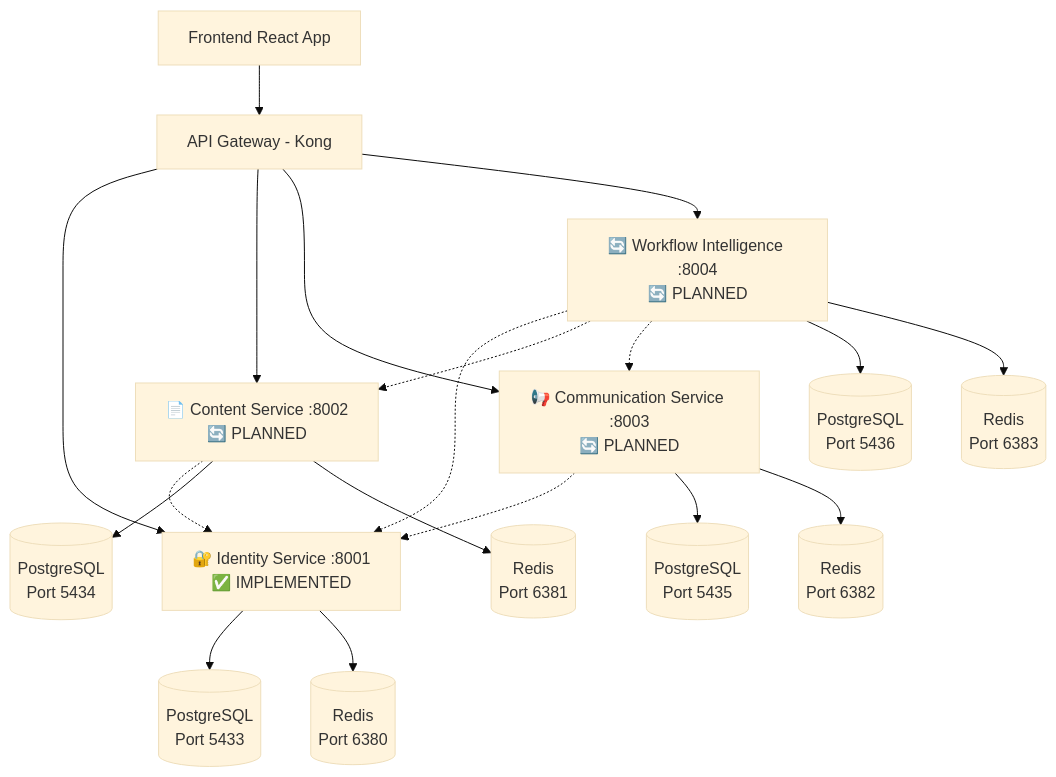
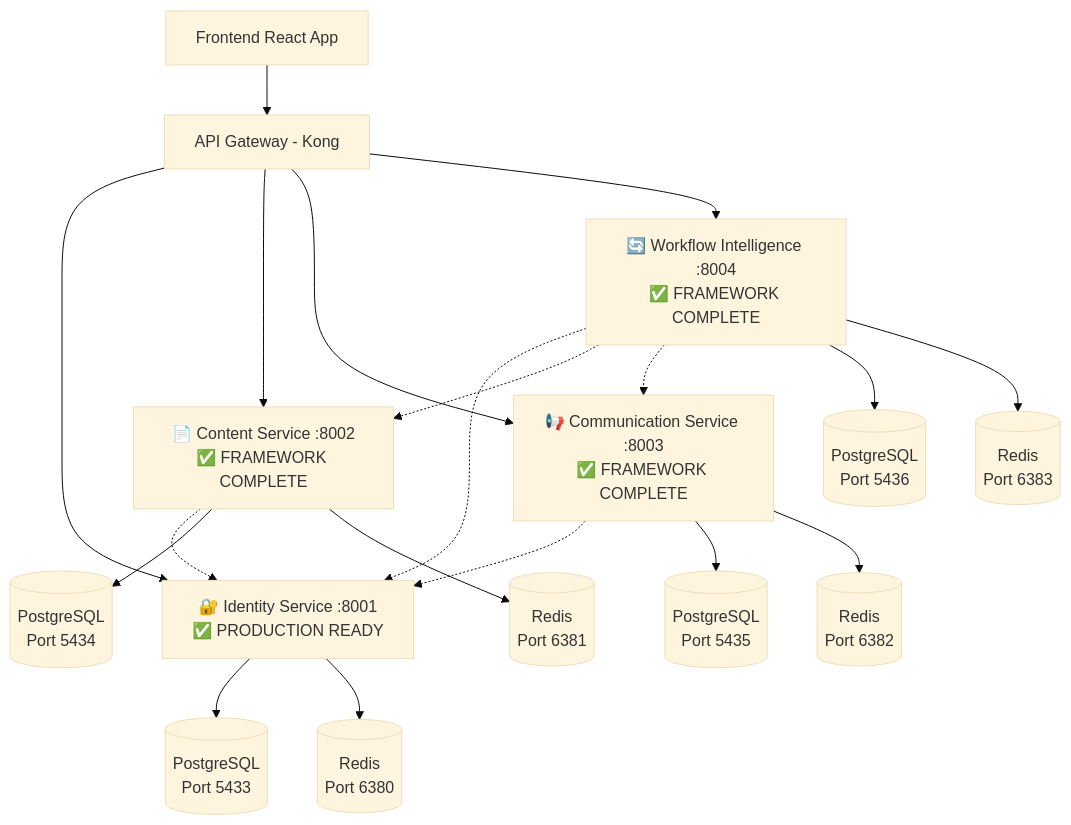
One commit to stef9github/ReactDjango-Hub changed the diagram in services/README.md. Above: the diagram before and after it, drawn with Mermaid (base theme). The commit also changed other lines of this file and 2 other files, not shown here.

First line of the commit message:
feat: achieve 100% microservices framework compliance

````diff
--- a/services/README.md
+++ b/services/README.md
@@ -78,31 +77,31 @@
 ```mermaid
 graph TD
     Frontend[Frontend React App]
     Gateway[API Gateway - Kong]
-    Identity[🔐 Identity Service :8001<br/>✅ IMPLEMENTED]
-    Content[📄 Content Service :8002<br/>🔄 PLANNED]
-    Comm[📢 Communication Service :8003<br/>🔄 PLANNED]
-    Workflow[🔄 Workflow Intelligence :8004<br/>🔄 PLANNED]
+    Identity[🔐 Identity Service :8001<br/>✅ PRODUCTION READY]
+    Content[📄 Content Service :8002<br/>✅ FRAMEWORK COMPLETE]
+    Comm[📢 Communication Service :8003<br/>✅ FRAMEWORK COMPLETE]
+    Workflow[🔄 Workflow Intelligence :8004<br/>✅ FRAMEWORK COMPLETE]
     
     Frontend --> Gateway
     Gateway --> Identity
     Gateway --> Content
     Gateway --> Comm  
     Gateway --> Workflow
     
     Content -.-> Identity
     Comm -.-> Identity
     Workflow -.-> Identity
     Workflow -.-> Content
     Workflow -.-> Comm
     
     Identity --> IdentityDB[(PostgreSQL<br/>Port 5433)]
     Content --> ContentDB[(PostgreSQL<br/>Port 5434)]
     Comm --> CommDB[(PostgreSQL<br/>Port 5435)]
     Workflow --> WorkflowDB[(PostgreSQL<br/>Port 5436)]
     
     Identity --> IdentityRedis[(Redis<br/>Port 6380)]
     Content --> ContentRedis[(Redis<br/>Port 6381)]
     Comm --> CommRedis[(Redis<br/>Port 6382)]
     Workflow --> WorkflowRedis[(Redis<br/>Port 6383)]
 ```
````
